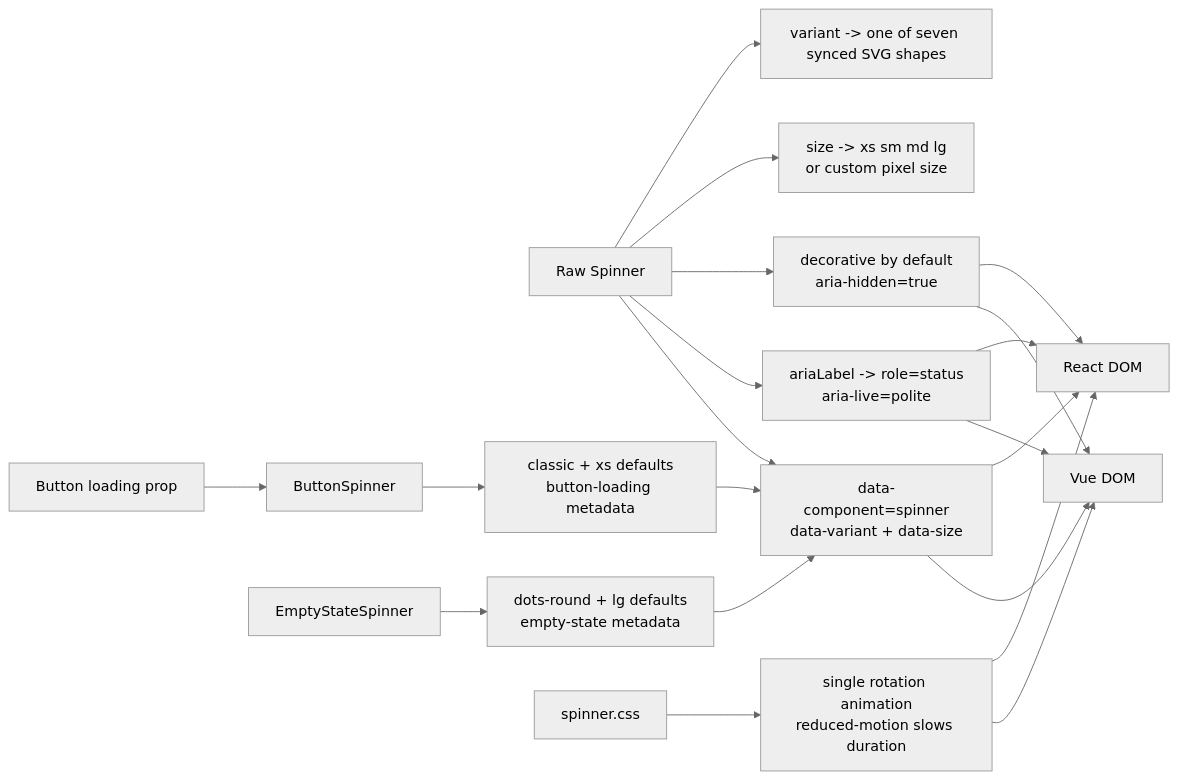
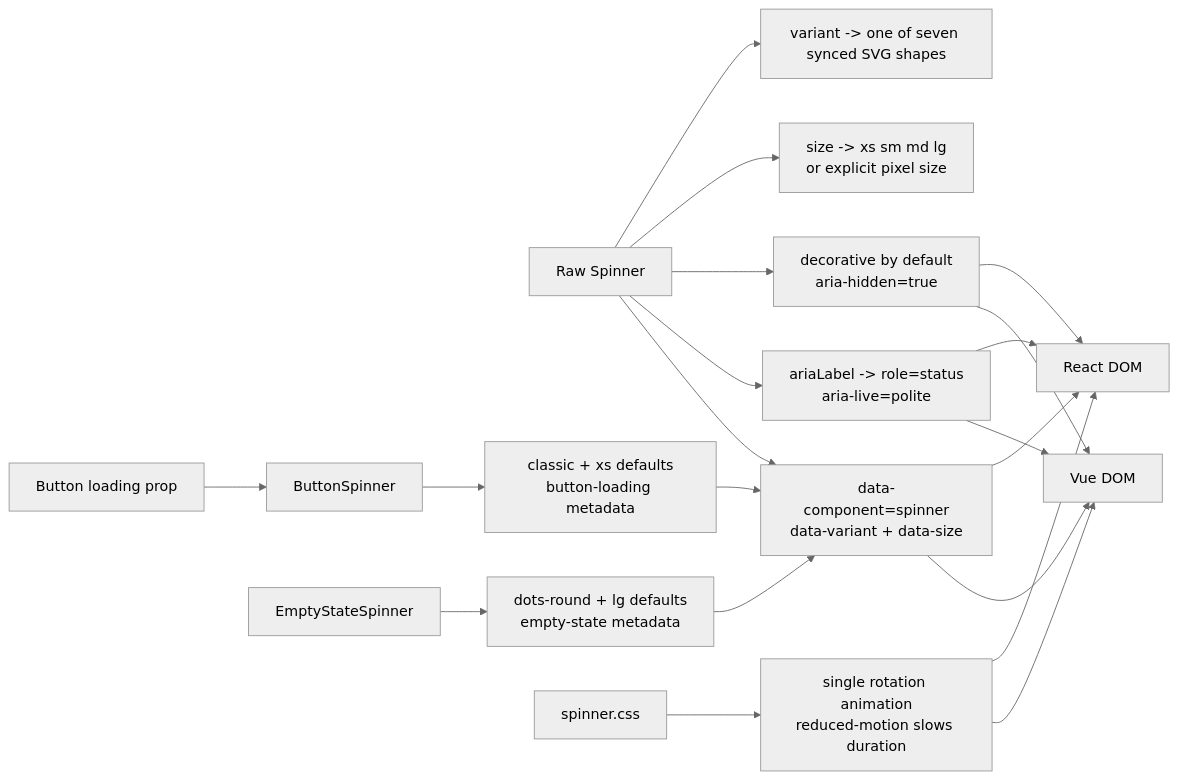
The third of 3 diagrams in docs/registry/families/spinner/README.md (niklas-westman/marwes), drawn with Mermaid (neutral theme) before and after one commit. The commit also changed other lines of this file and 367 other files, not shown here.

````diff
--- a/docs/registry/families/spinner/README.md
+++ b/docs/registry/families/spinner/README.md
@@ -218,25 +218,25 @@
 ```mermaid
 flowchart LR
   RawSpinner["Raw Spinner"] --> VariantGeometry["variant -> one of seven synced SVG shapes"]
-  RawSpinner --> SizeData["size -> xs sm md lg\nor custom pixel size"]
+  RawSpinner --> SizeData["size -> xs sm md lg\nor explicit pixel size"]
   RawSpinner --> DefaultA11y["decorative by default\naria-hidden=true"]
   RawSpinner --> StatusMode["ariaLabel -> role=status\naria-live=polite"]
   RawSpinner --> LocalData["data-component=spinner\ndata-variant + data-size"]
 
   ButtonSpinner["ButtonSpinner"] --> ButtonDefaults["classic + xs defaults\nbutton-loading metadata"]
   EmptyStateSpinner["EmptyStateSpinner"] --> EmptyStateDefaults["dots-round + lg defaults\nempty-state metadata"]
 
   ButtonLoading["Button loading prop"] --> ButtonSpinner
   ButtonDefaults --> LocalData
   EmptyStateDefaults --> LocalData
 
   CssMotion["spinner.css"] --> Rotation["single rotation animation\nreduced-motion slows duration"]
   Rotation --> ReactDom["React DOM"]
   Rotation --> VueDom["Vue DOM"]
   LocalData --> ReactDom
   LocalData --> VueDom
   DefaultA11y --> ReactDom
   DefaultA11y --> VueDom
   StatusMode --> ReactDom
   StatusMode --> VueDom
 ```
````
